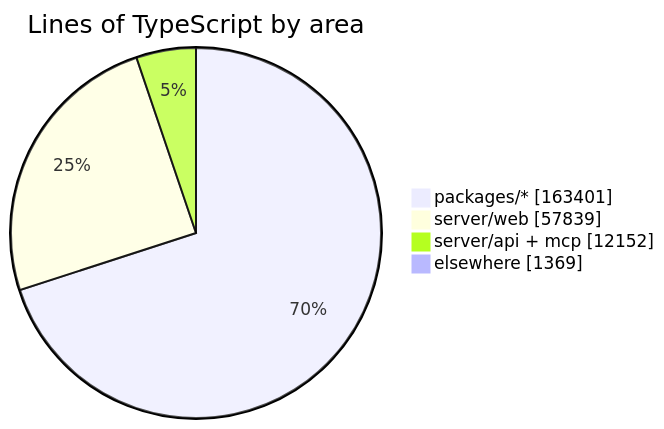
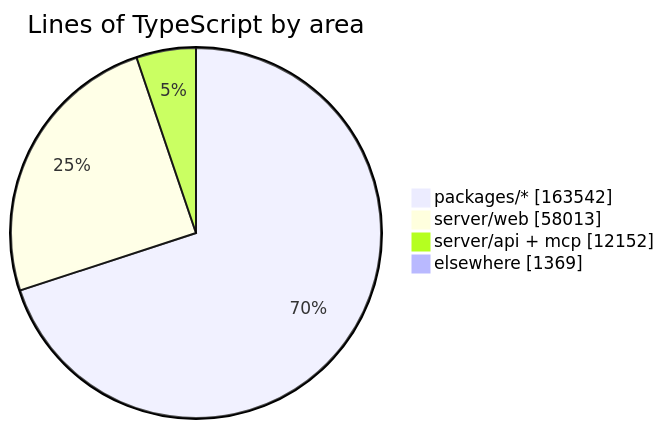
Before and after one commit to crossworks-engineering/mantle: the diagram in README.md, drawn with Mermaid. The commit also changed other lines of this file and 2 other files, not shown here.

````diff
--- a/README.md
+++ b/README.md
@@ -279,7 +279,7 @@
 ```mermaid
 pie showData title Lines of TypeScript by area
-    "packages/*" : 163401
-    "server/web" : 57839
+    "packages/*" : 163542
+    "server/web" : 58013
     "server/api + mcp" : 12152
     "elsewhere" : 1369
 ```
````
